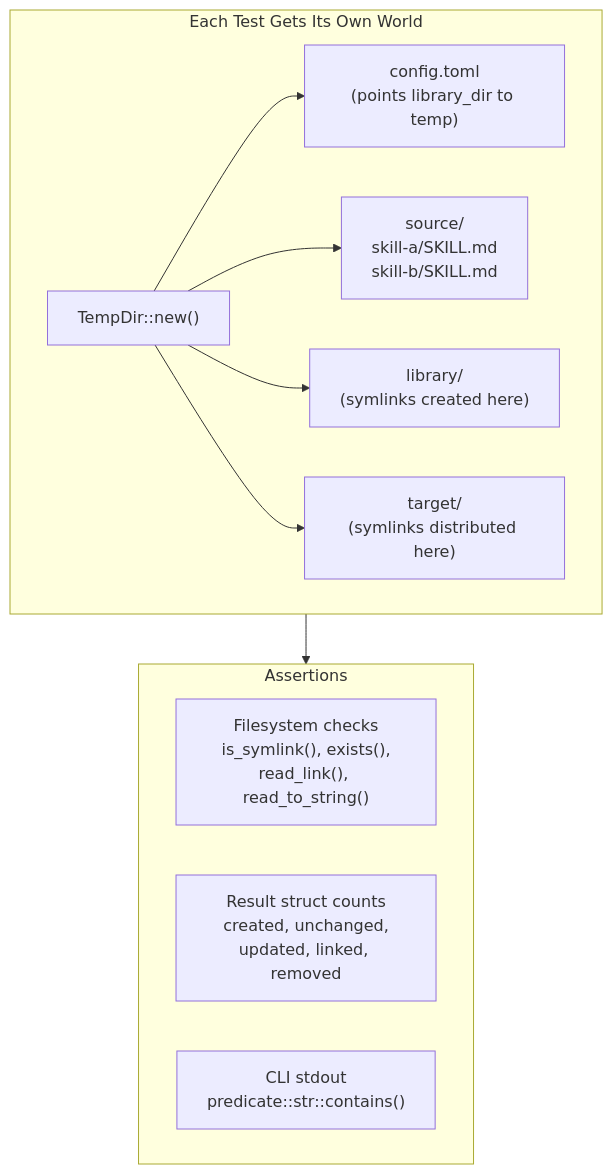
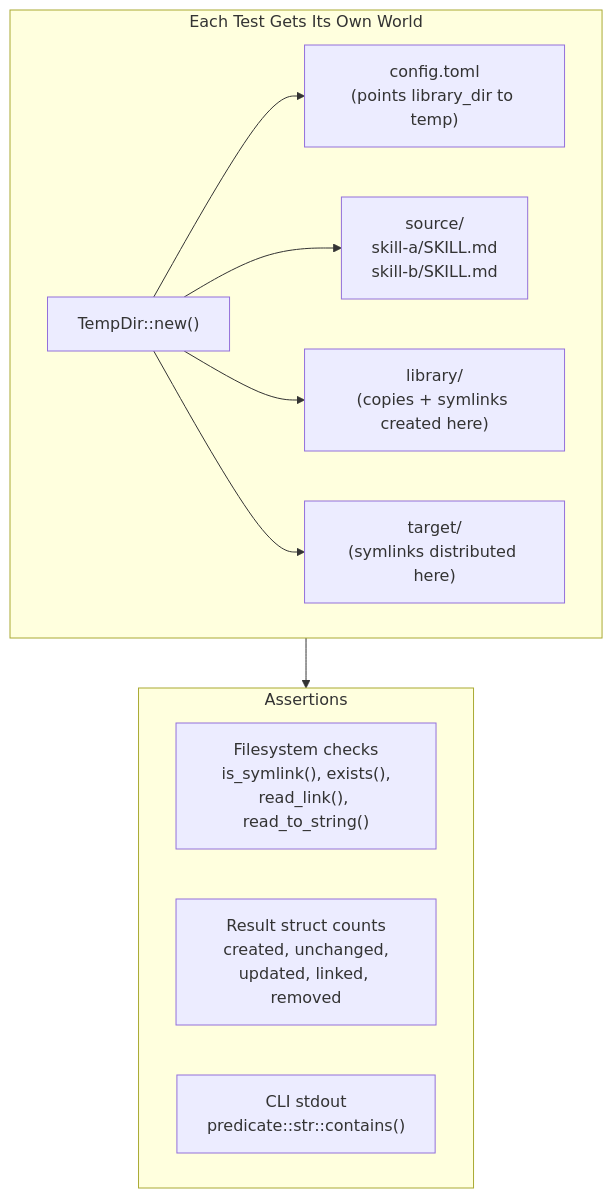
The fourth of 5 diagrams in docs/src/test-setup.md (MartinP7r/tome), drawn with Mermaid before and after one commit. The commit also changed other lines of this file and 6 other files, not shown here.

````diff
--- a/docs/src/test-setup.md
+++ b/docs/src/test-setup.md
@@ -170,18 +431,18 @@
 ```mermaid
 graph TB
     subgraph test_env["Each Test Gets Its Own World"]
         TD["TempDir::new()"]
         TD --> CONFIG_FILE["config.toml<br/>(points library_dir to temp)"]
         TD --> SOURCE_DIR["source/<br/>skill-a/SKILL.md<br/>skill-b/SKILL.md"]
-        TD --> LIBRARY_DIR["library/<br/>(symlinks created here)"]
+        TD --> LIBRARY_DIR["library/<br/>(copies + symlinks created here)"]
         TD --> TARGET_DIR["target/<br/>(symlinks distributed here)"]
     end
 
     subgraph assertions["Assertions"]
         FS["Filesystem checks<br/>is_symlink(), exists(),<br/>read_link(), read_to_string()"]
         COUNTS["Result struct counts<br/>created, unchanged,<br/>updated, linked, removed"]
         OUTPUT["CLI stdout<br/>predicate::str::contains()"]
     end
 
     test_env --> assertions
 ```
````
